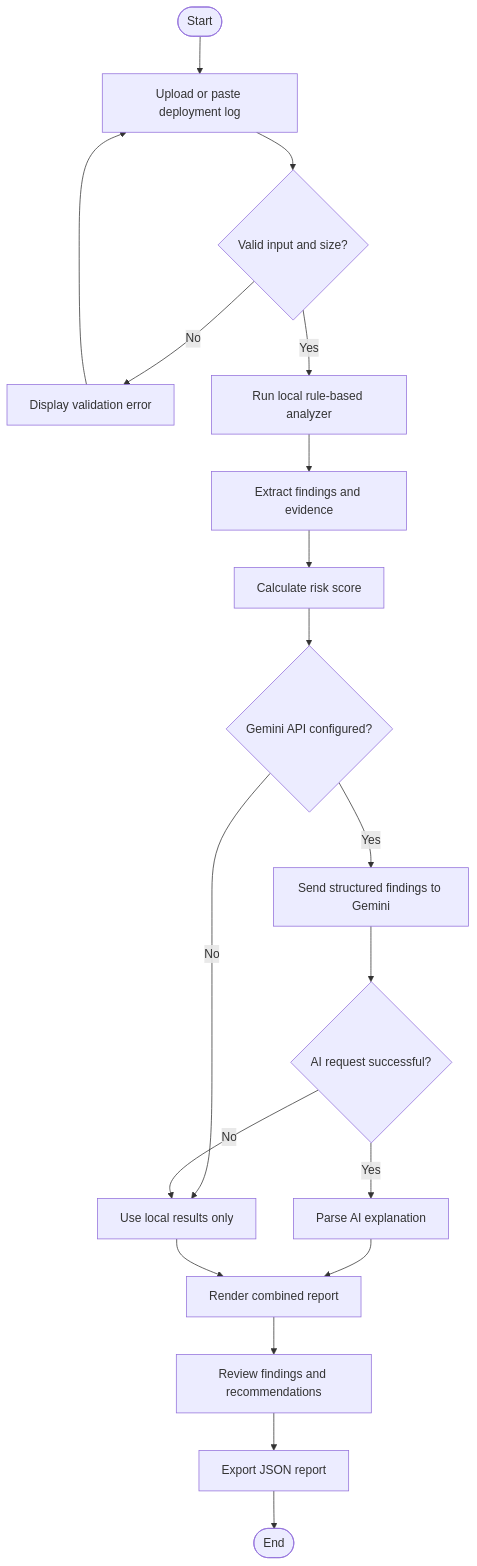
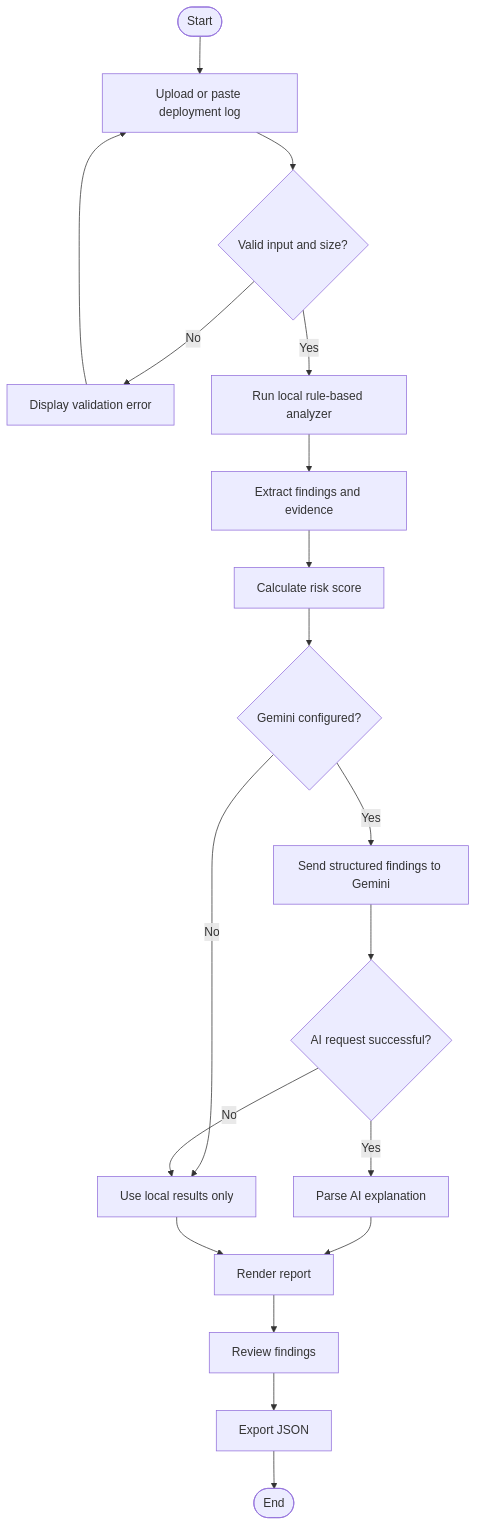
One commit to Suchit-2004/ReleasePilot-AI changed the first of 2 diagrams in README.md. Above: the diagram before and after it, drawn with Mermaid. The commit also changed other lines of this file, not shown here.

````diff
--- a/README.md
+++ b/README.md
@@ -131,21 +123,21 @@
-```mermaid
+``` mermaid
 flowchart TD
     A([Start]) --> B[Upload or paste deployment log]
     B --> C{Valid input and size?}
     C -- No --> D[Display validation error]
     D --> B
     C -- Yes --> E[Run local rule-based analyzer]
     E --> F[Extract findings and evidence]
     F --> G[Calculate risk score]
-    G --> H{Gemini API configured?}
+    G --> H{Gemini configured?}
     H -- No --> I[Use local results only]
     H -- Yes --> J[Send structured findings to Gemini]
     J --> K{AI request successful?}
     K -- Yes --> L[Parse AI explanation]
     K -- No --> I
-    L --> M[Render combined report]
+    L --> M[Render report]
     I --> M
-    M --> N[Review findings and recommendations]
-    N --> O[Export JSON report]
+    M --> N[Review findings]
+    N --> O[Export JSON]
     O --> P([End])
 ```
````
